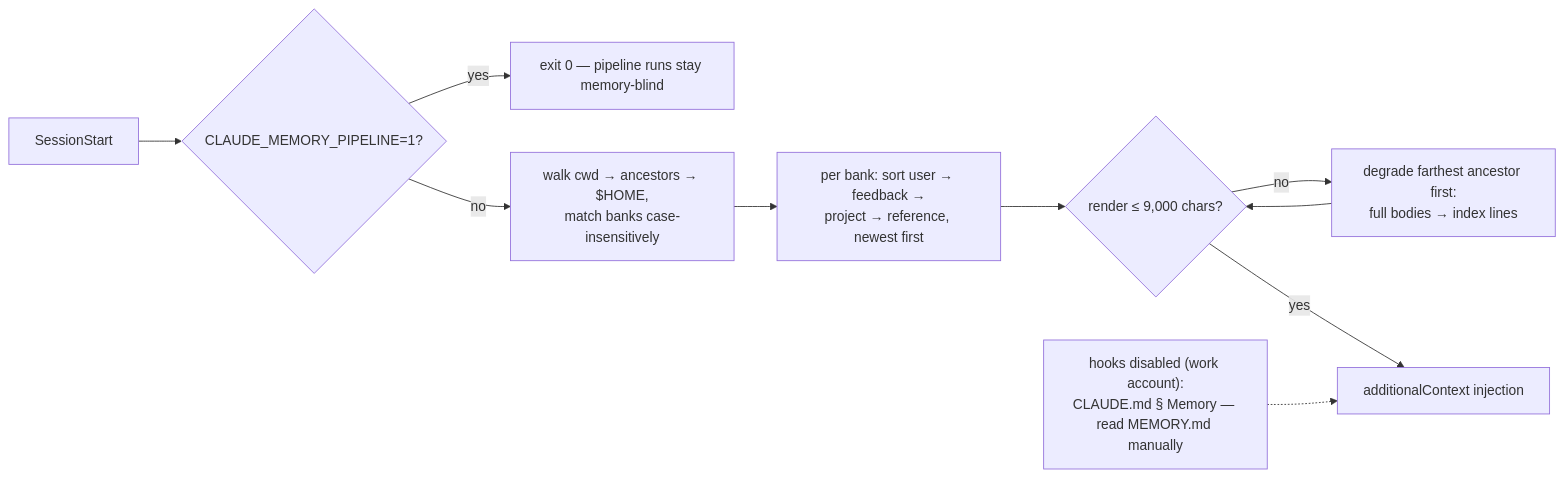
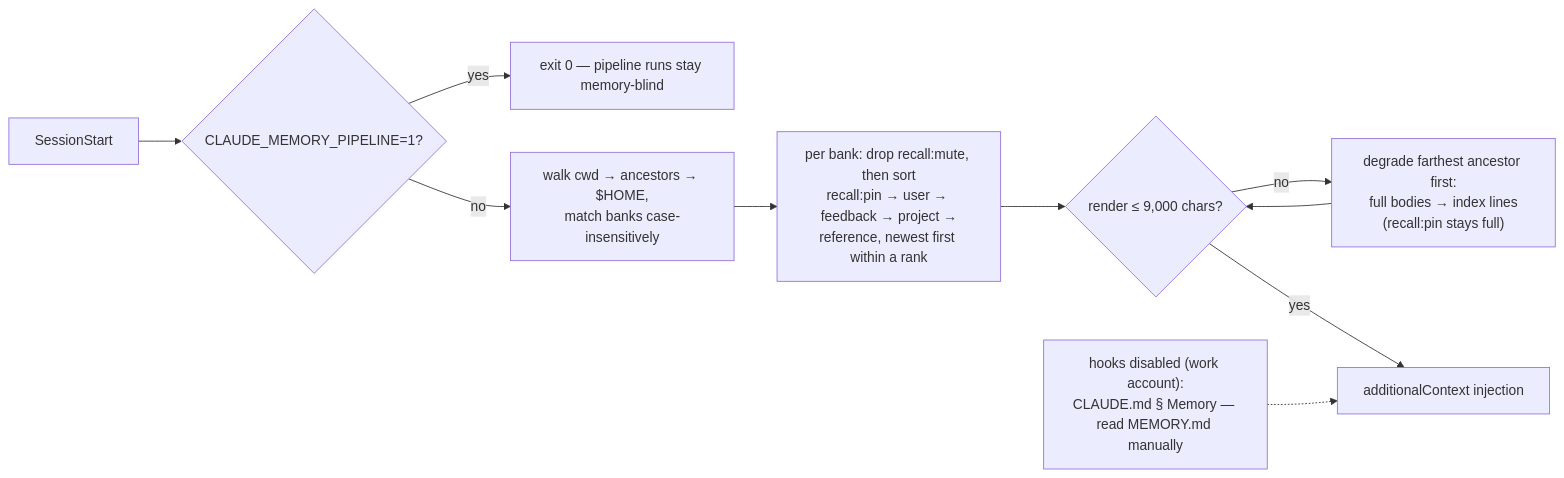
The seventh of 8 diagrams in @apps/web/lib/core/memory.md (jgeschwendt/.claude), drawn with Mermaid before and after one commit. The commit also changed other lines of this file and 5 other files, not shown here.

````diff
--- a/@apps/web/lib/core/memory.md
+++ b/@apps/web/lib/core/memory.md
@@ -257,12 +265,12 @@
 ```mermaid
 flowchart LR
     START[SessionStart] --> ENV{"CLAUDE_MEMORY_PIPELINE=1?"}
     ENV -->|yes| BLIND["exit 0 — pipeline runs stay memory-blind"]
     ENV -->|no| CHAIN["walk cwd → ancestors → $HOME,<br/>match banks case-insensitively"]
-    CHAIN --> RANK["per bank: sort user → feedback →<br/>project → reference, newest first"]
+    CHAIN --> RANK["per bank: drop recall:mute, then sort<br/>recall:pin → user → feedback → project →<br/>reference, newest first within a rank"]
     RANK --> BUDGET{"render ≤ 9,000 chars?"}
-    BUDGET -->|no| DEG["degrade farthest ancestor first:<br/>full bodies → index lines"]
+    BUDGET -->|no| DEG["degrade farthest ancestor first:<br/>full bodies → index lines<br/>(recall:pin stays full)"]
     DEG --> BUDGET
     BUDGET -->|yes| INJ["additionalContext injection"]
     FALL["hooks disabled (work account):<br/>CLAUDE.md § Memory — read MEMORY.md manually"] -.-> INJ
 ```
````
